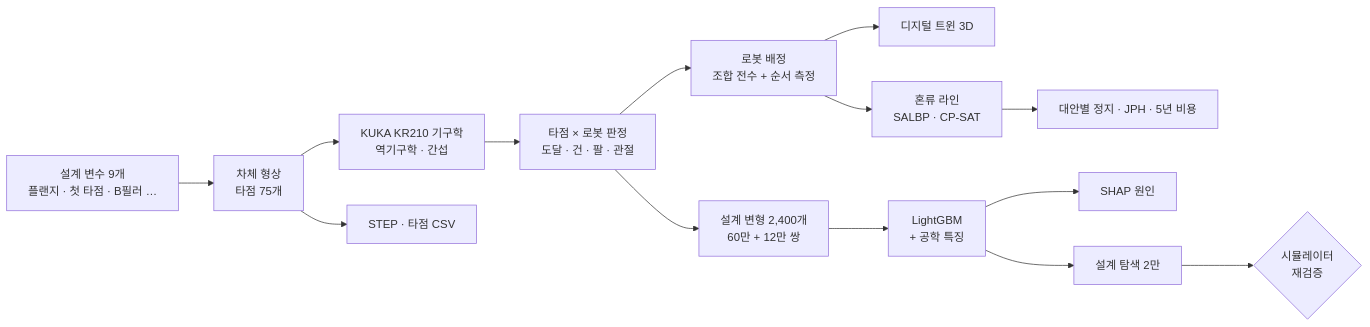
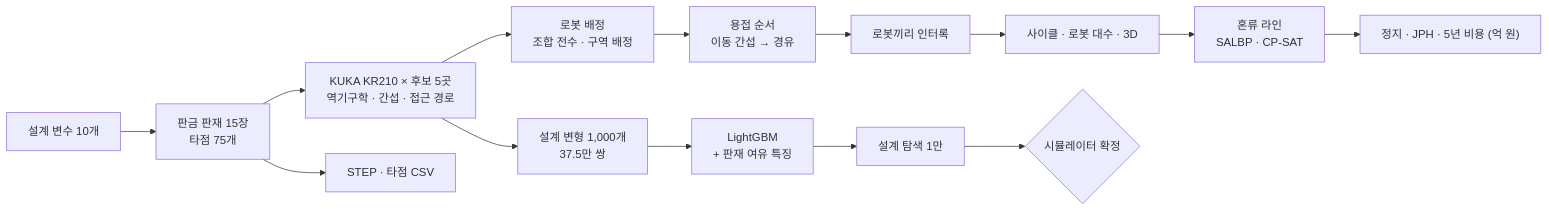
One commit to Haejyn/biw-weld-twin changed the diagram in README.md. Above: the diagram before and after it, drawn with Mermaid. The commit also changed other lines of this file and 51 other files, not shown here.

Commit message:
2차 업그레이드 — 판금 판재 차체, 접근·이동 경로, 로봇끼리 인터록, 천장 로봇, 공개 단가 비용, AI 특징 재설계

````diff
--- a/README.md
+++ b/README.md
@@ -42,16 +42,16 @@
 ```mermaid
 flowchart LR
-    D["설계 변수 9개<br/>플랜지 · 첫 타점 · B필러 …"] --> B["차체 형상<br/>타점 75개"]
-    B --> K["KUKA KR210 기구학<br/>역기구학 · 간섭"]
-    K --> V["타점 × 로봇 판정<br/>도달 · 건 · 팔 · 관절"]
-    V --> P["로봇 배정<br/>조합 전수 + 순서 측정"]
-    P --> T["디지털 트윈 3D"]
-    V --> G["설계 변형 2,400개<br/>60만 + 12만 쌍"]
-    G --> AI["LightGBM<br/>+ 공학 특징"]
-    AI --> X["SHAP 원인"]
-    AI --> S["설계 탐색 2만"]
-    S --> C{"시뮬레이터<br/>재검증"}
+    D["설계 변수 10개"] --> B["판금 판재 15장<br/>타점 75개"]
+    B --> K["KUKA KR210 × 후보 5곳<br/>역기구학 · 간섭 · 접근 경로"]
+    K --> P["로봇 배정<br/>조합 전수 · 구역 배정"]
+    P --> Q["용접 순서<br/>이동 간섭 → 경유"]
+    Q --> I["로봇끼리 인터록"]
+    I --> T["사이클 · 로봇 대수 · 3D"]
+    K --> G["설계 변형 1,000개<br/>37.5만 쌍"]
+    G --> AI["LightGBM<br/>+ 판재 여유 특징"]
+    AI --> S["설계 탐색 1만"]
+    S --> C{"시뮬레이터 확정"}
     B --> CAD["STEP · 타점 CSV"]
-    P --> L["혼류 라인<br/>SALBP · CP-SAT"]
-    L --> Z["대안별 정지 · JPH · 5년 비용"]
+    T --> L["혼류 라인<br/>SALBP · CP-SAT"]
+    L --> Z["정지 · JPH · 5년 비용 (억 원)"]
 ```
````
